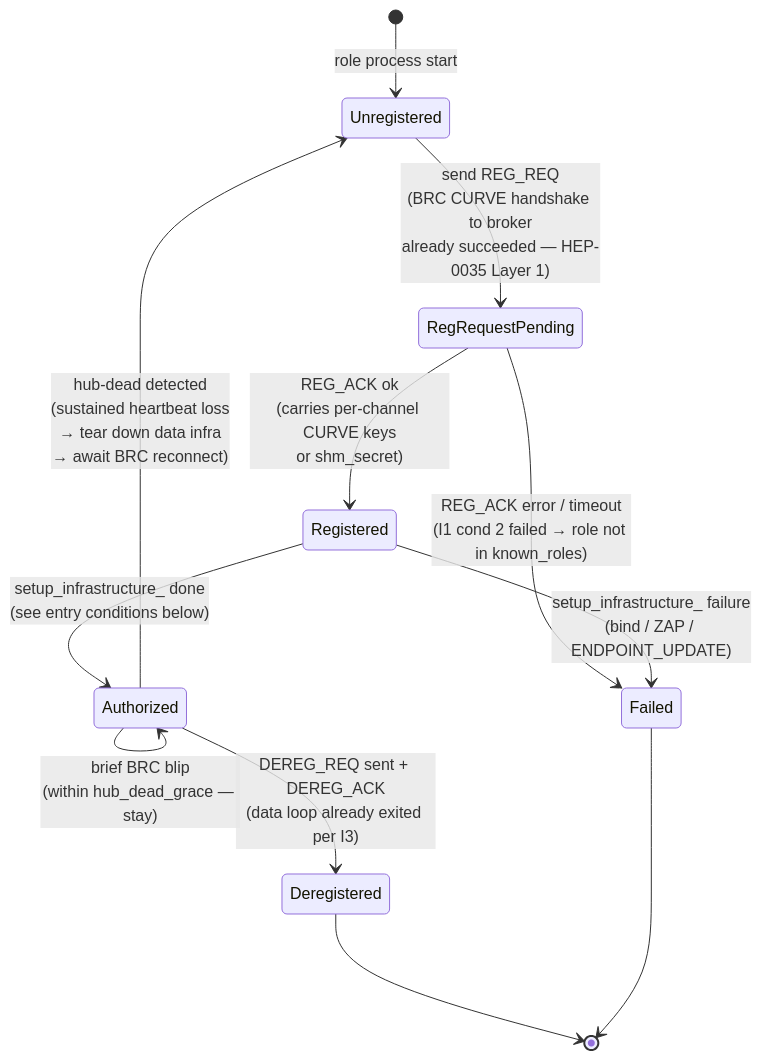
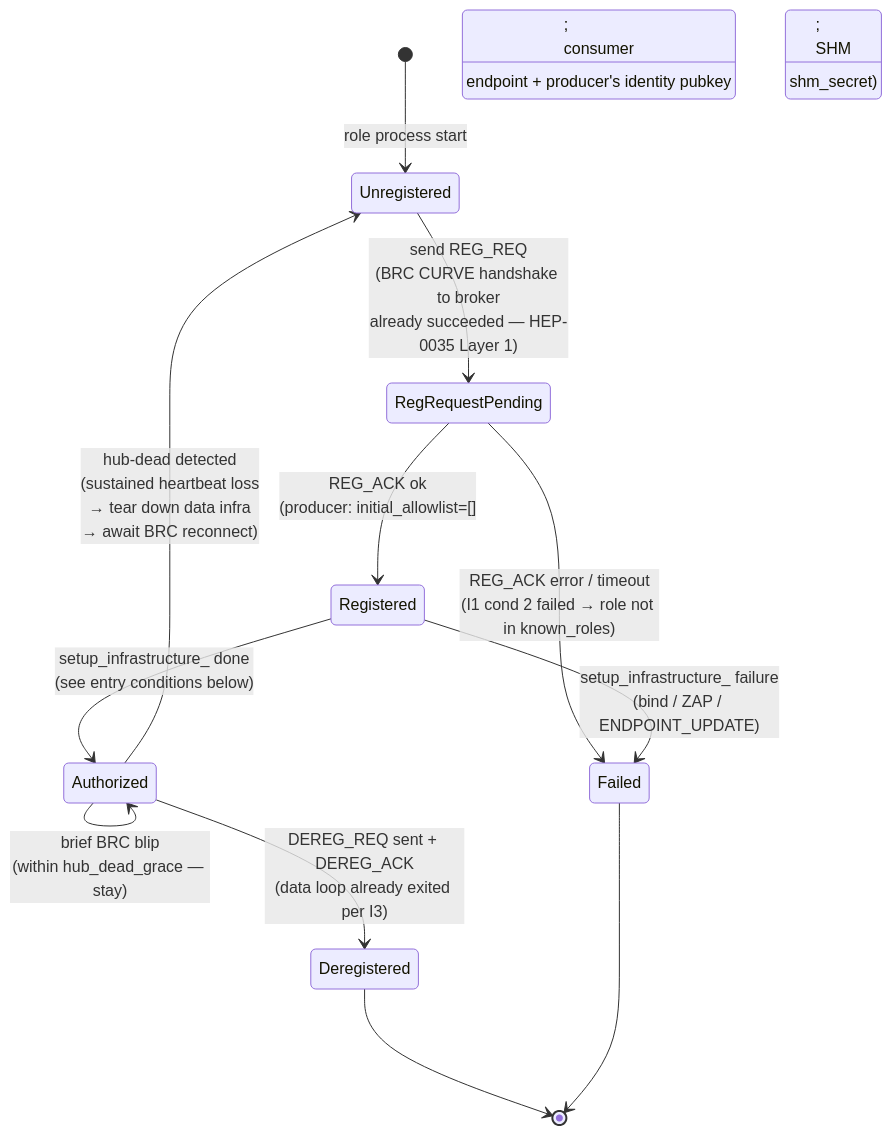
The second of 10 diagrams in docs/HEP/HEP-CORE-0036-Authenticated-Connection-Establishment.md (Qing-LAB/pylabhub), drawn with Mermaid before and after one commit. The commit also changed other lines of this file and 1 other file, not shown here.

````diff
--- a/docs/HEP/HEP-CORE-0036-Authenticated-Connection-Establishment.md
+++ b/docs/HEP/HEP-CORE-0036-Authenticated-Connection-Establishment.md
@@ -436,14 +438,14 @@
 ```mermaid
 stateDiagram-v2
     [*]               --> Unregistered: role process start
     Unregistered      --> RegRequestPending: send REG_REQ<br/>(BRC CURVE handshake to broker<br/>already succeeded — HEP-0035 Layer 1)
-    RegRequestPending --> Registered: REG_ACK ok<br/>(carries per-channel CURVE keys<br/>or shm_secret)
+    RegRequestPending --> Registered: REG_ACK ok<br/>(producer: initial_allowlist=[];<br/>consumer: endpoint + producer's identity pubkey;<br/>SHM: shm_secret)
     RegRequestPending --> Failed: REG_ACK error / timeout<br/>(I1 cond 2 failed → role not in known_roles)
     Registered        --> Authorized: setup_infrastructure_ done<br/>(see entry conditions below)
     Registered        --> Failed: setup_infrastructure_ failure<br/>(bind / ZAP / ENDPOINT_UPDATE)
     Authorized        --> Authorized: brief BRC blip<br/>(within hub_dead_grace — stay)
     Authorized        --> Unregistered: hub-dead detected<br/>(sustained heartbeat loss<br/>→ tear down data infra<br/>→ await BRC reconnect)
     Authorized        --> Deregistered: DEREG_REQ sent + DEREG_ACK<br/>(data loop already exited per I3)
     Deregistered      --> [*]
     Failed            --> [*]
 ```
````
